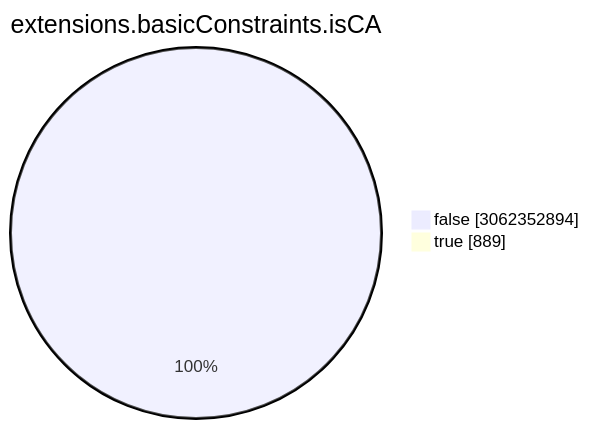
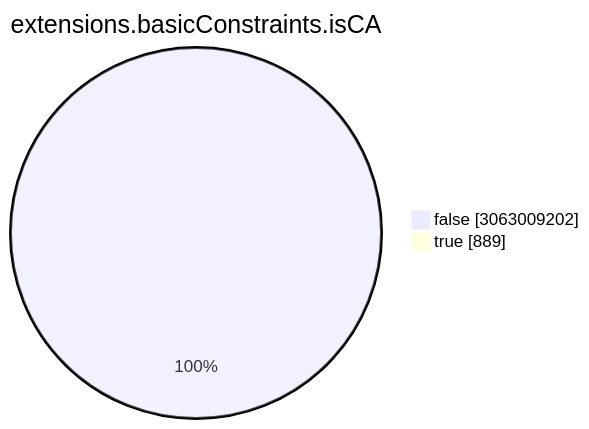
The seventh of 15 diagrams in TOTAL/README.md (christiankrug/ctmonitor_visualization), drawn with Mermaid before and after one commit. The commit also changed other lines of this file, not shown here.

````diff
--- a/TOTAL/README.md
+++ b/TOTAL/README.md
@@ -3088,6 +3088,6 @@
 ```mermaid
 pie showData
 title extensions.basicConstraints.isCA
-"false" :3062352894
+"false" :3063009202
 "true" :889
 ```
````
